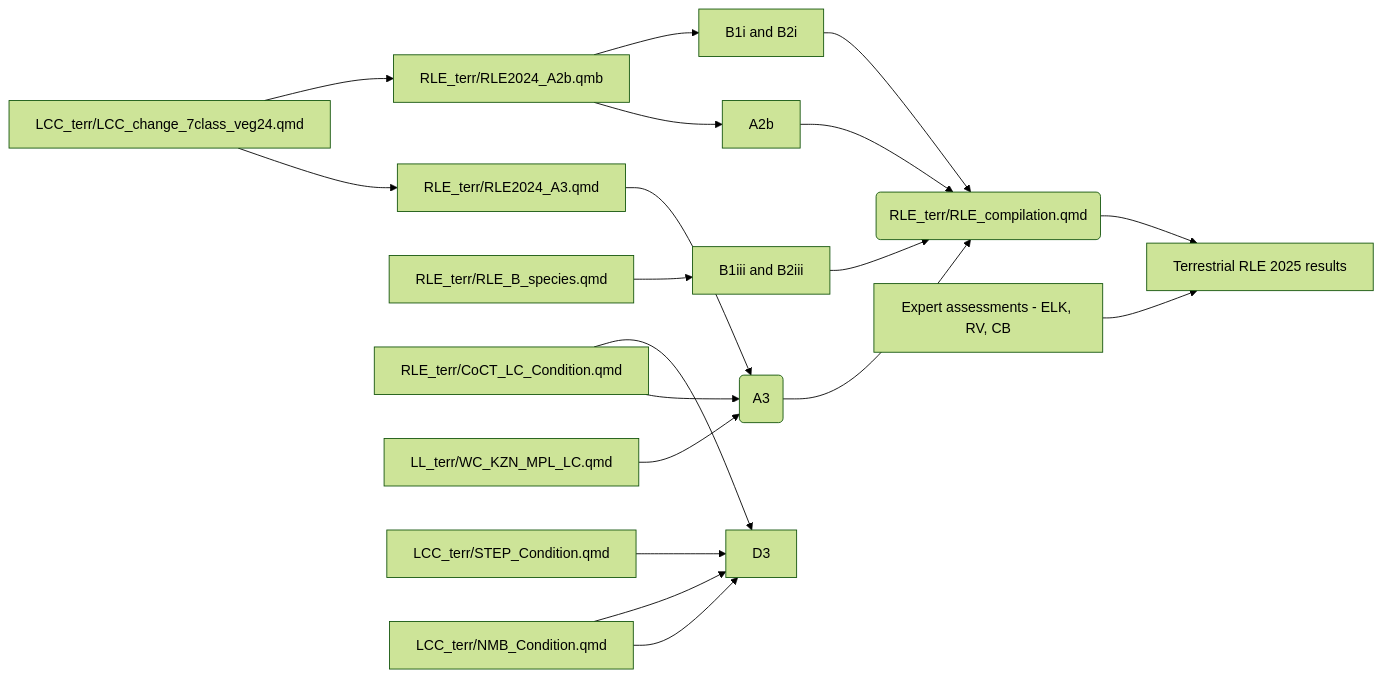
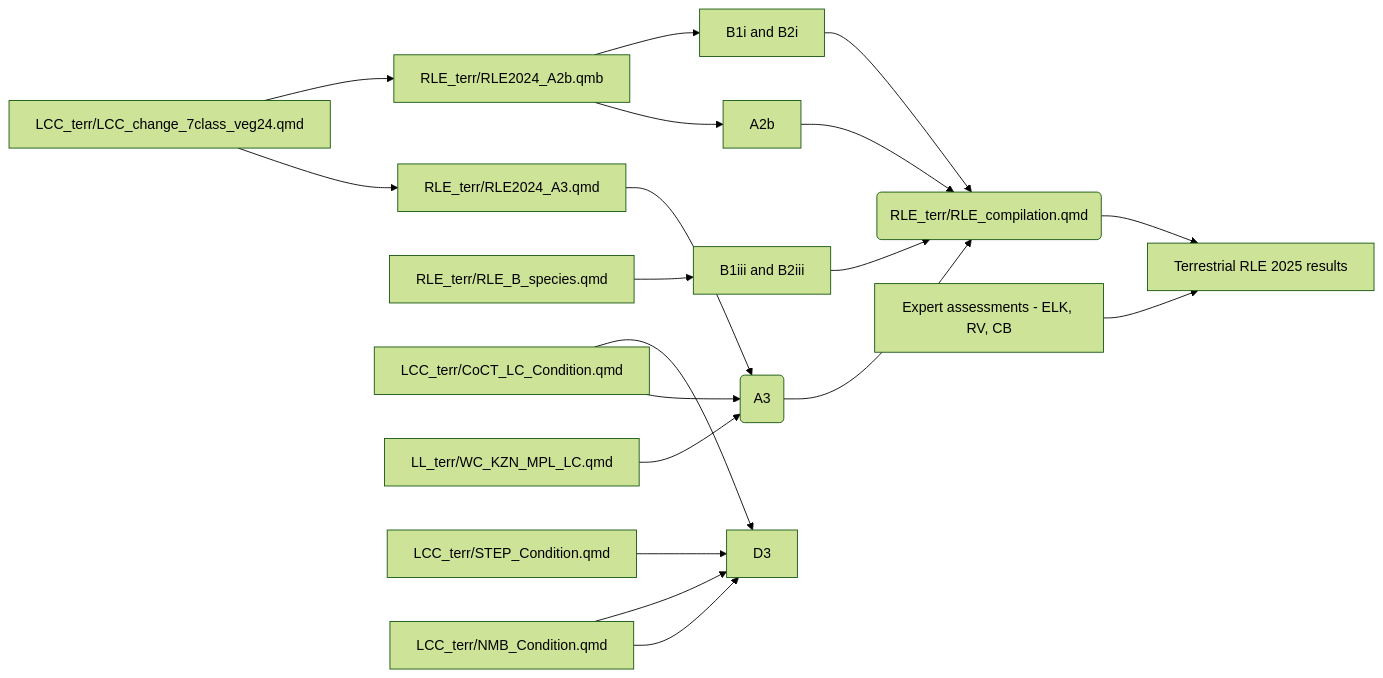
Before and after one commit to askowno/RLE_terr: the diagram in README.md, drawn with Mermaid (forest theme).

Commit message:
mermaid updated

````diff
--- a/README.md
+++ b/README.md
@@ -13,14 +13,14 @@
 ``` mermaid
 flowchart LR; 
 A[LCC_terr/LCC_change_7class_veg24.qmd] --> B[RLE_terr/RLE2024_A3.qmd] --> C(A3) --> D(RLE_terr/RLE_compilation.qmd) --> E[Terrestrial RLE 2025 results]; 
 A --> F[RLE_terr/RLE2024_A2b.qmb] --> G[A2b] --> D; 
 F--> H[B1i and B2i] --> D ;
 I[RLE_terr/RLE_B_species.qmd] --> J[B1iii and B2iii] --> D ;
-K[RLE_terr/CoCT_LC_Condition.qmd] --> C; 
+K[LCC_terr/CoCT_LC_Condition.qmd] --> C; 
 K --> N ;
 L[LL_terr/WC_KZN_MPL_LC.qmd] --> C; 
 M[LCC_terr/STEP_Condition.qmd] --> N[D3]; 
 O[LCC_terr/LittleKaroo_deg.qmd] --> N; 
 O[LCC_terr/NMB_Condition.qmd] --> N; 
 P[Expert assessments - ELK, RV, CB] --> E; 
 ```
````
